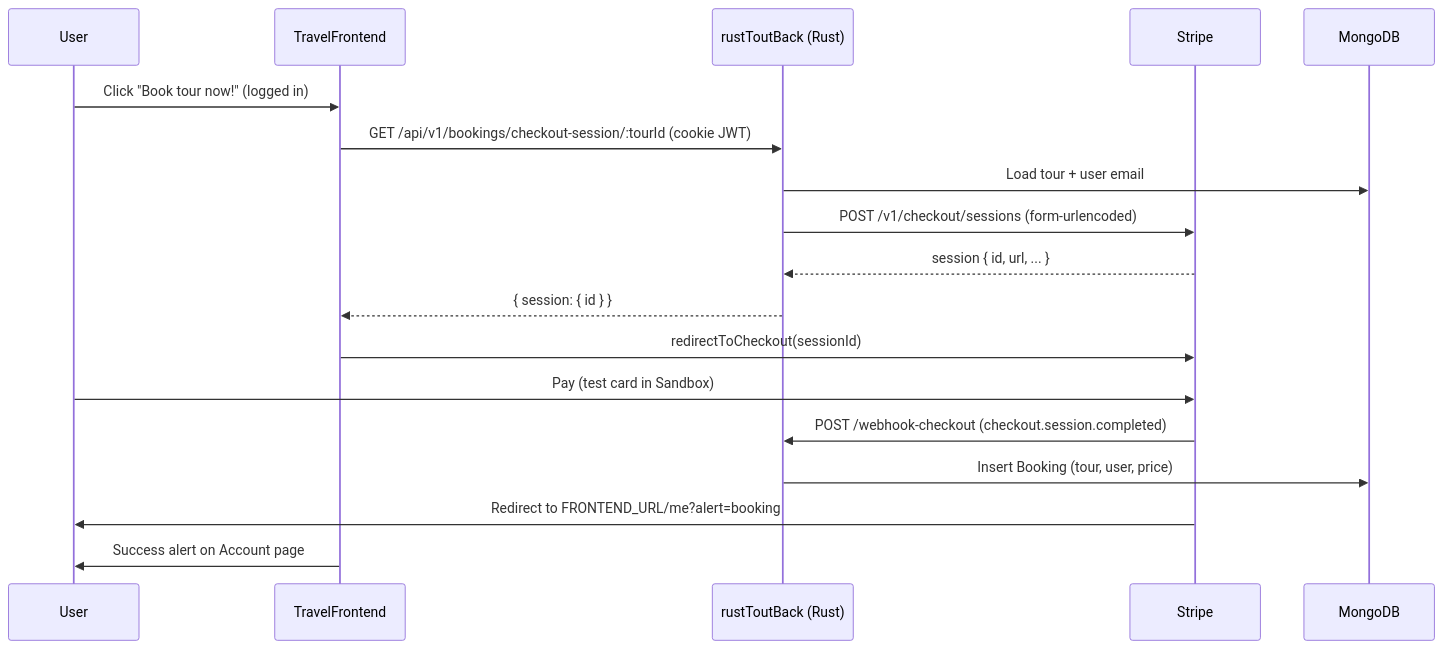
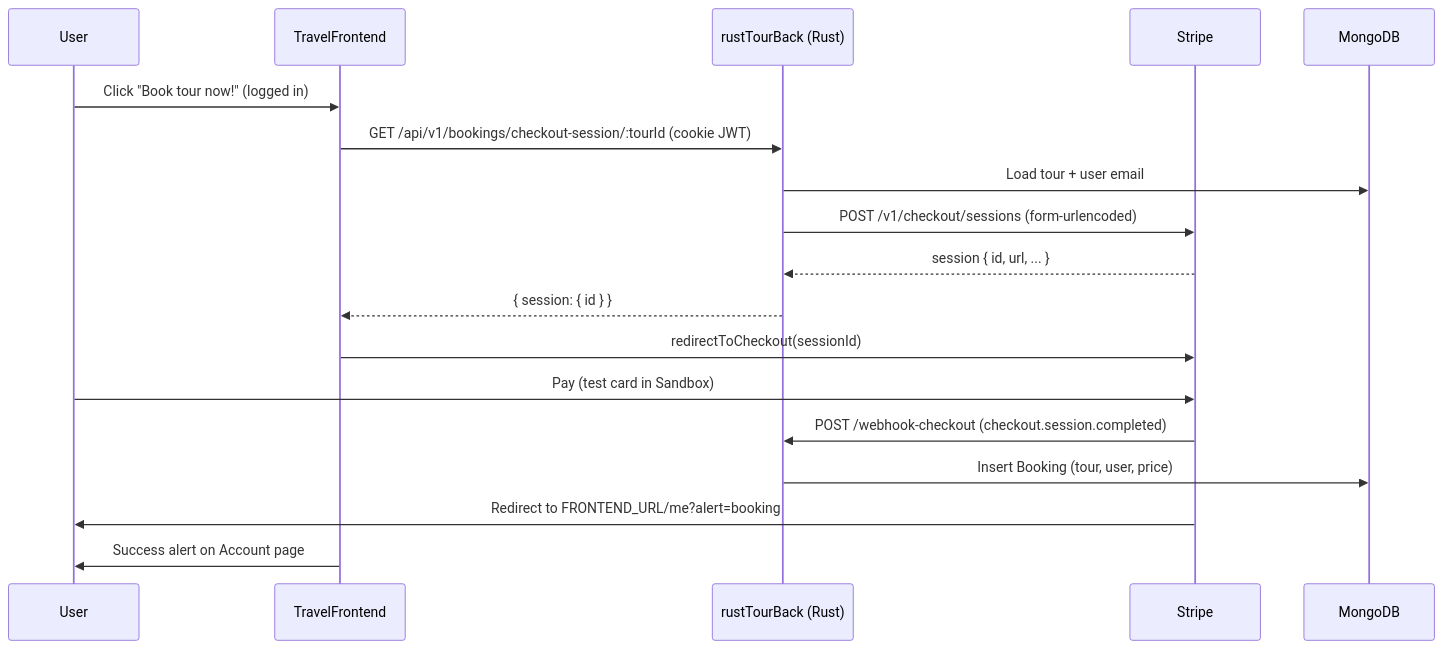
One commit to VIVEK-SACHIN/rustTourBack changed the diagram in STRIPE_PAYMENTS.md. Above: the diagram before and after it, drawn with Mermaid. The commit also changed other lines of this file and 2 other files, not shown here.

````diff
--- a/STRIPE_PAYMENTS.md
+++ b/STRIPE_PAYMENTS.md
@@ -109,21 +109,21 @@
 ```mermaid
 sequenceDiagram
     participant User
     participant Frontend as TravelFrontend
-    participant API as rustToutBack (Rust)
+    participant API as rustTourBack (Rust)
     participant Stripe
     participant DB as MongoDB
 
     User->>Frontend: Click "Book tour now!" (logged in)
     Frontend->>API: GET /api/v1/bookings/checkout-session/:tourId (cookie JWT)
     API->>DB: Load tour + user email
     API->>Stripe: POST /v1/checkout/sessions (form-urlencoded)
     Stripe-->>API: session { id, url, ... }
     API-->>Frontend: { session: { id } }
     Frontend->>Stripe: redirectToCheckout(sessionId)
     User->>Stripe: Pay (test card in Sandbox)
     Stripe->>API: POST /webhook-checkout (checkout.session.completed)
     API->>DB: Insert Booking (tour, user, price)
     Stripe->>User: Redirect to FRONTEND_URL/me?alert=booking
     Frontend->>User: Success alert on Account page
 ```
````
